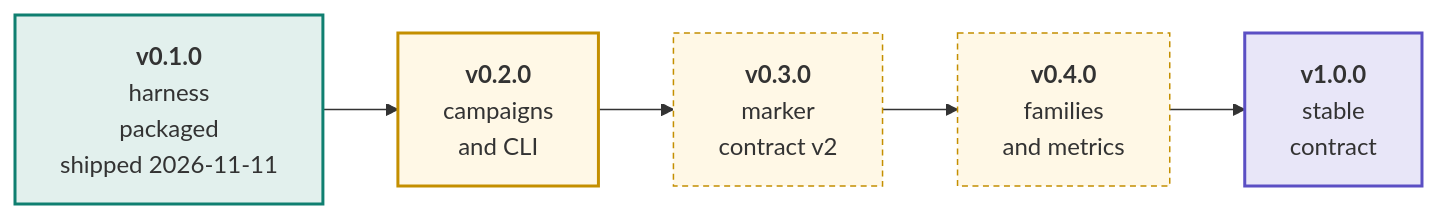
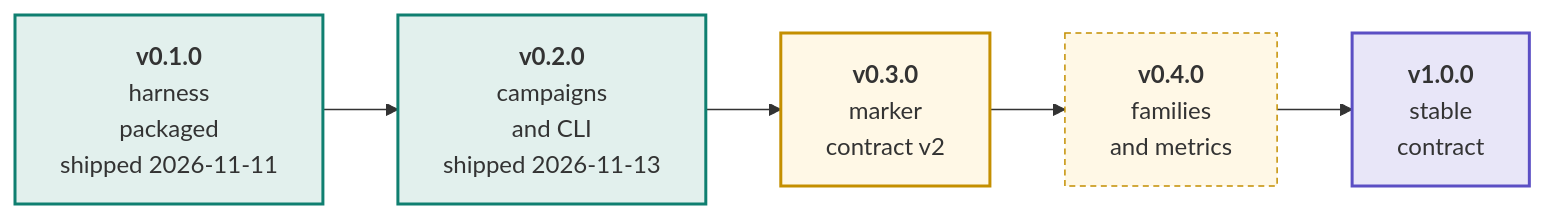
One commit to swarm-routing/ns3-tools changed the first of 2 diagrams in docs/roadmap.md. Above: the diagram before and after it, drawn with Mermaid. The commit also changed other lines of this file, not shown here.

First line of the commit message:
docs(roadmap): v0.2.0 shipped (#178)

````diff
--- a/docs/roadmap.md
+++ b/docs/roadmap.md
@@ -31,16 +31,16 @@
 ```mermaid
 flowchart LR
     V01["<b>v0.1.0</b><br/>harness<br/>packaged<br/>shipped 2026-11-11"]
-    V02["<b>v0.2.0</b><br/>campaigns<br/>and CLI"]
+    V02["<b>v0.2.0</b><br/>campaigns<br/>and CLI<br/>shipped 2026-11-13"]
     V03["<b>v0.3.0</b><br/>marker<br/>contract v2"]
     V04["<b>v0.4.0</b><br/>families<br/>and metrics"]
     V10["<b>v1.0.0</b><br/>stable<br/>contract"]
 
     V01 --> V02 --> V03 --> V04 --> V10
 
     style V01 fill:#e2f0ed,stroke:#0f7f70,stroke-width:2px
-    style V02 fill:#fff8e6,stroke:#c48f00,stroke-width:2px
-    style V03 fill:#fff8e6,stroke:#c48f00,stroke-dasharray:4 3
+    style V02 fill:#e2f0ed,stroke:#0f7f70,stroke-width:2px
+    style V03 fill:#fff8e6,stroke:#c48f00,stroke-width:2px
     style V04 fill:#fff8e6,stroke:#c48f00,stroke-dasharray:4 3
     style V10 fill:#e8e6f8,stroke:#5b4fc4,stroke-width:2px
 ```
````
